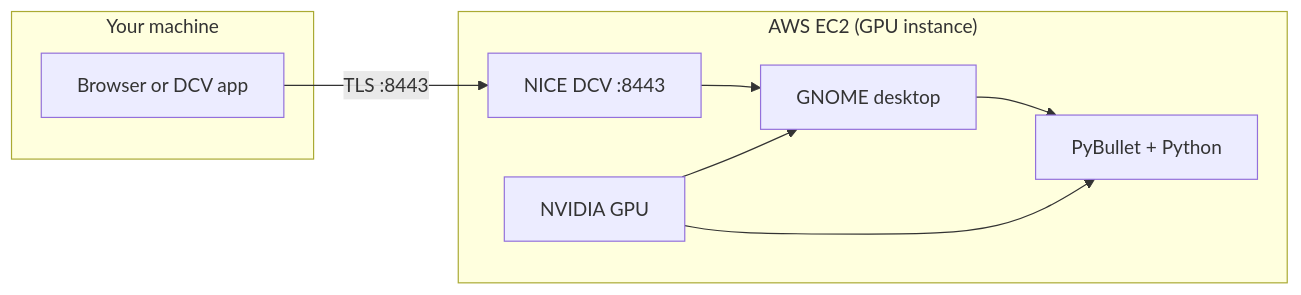
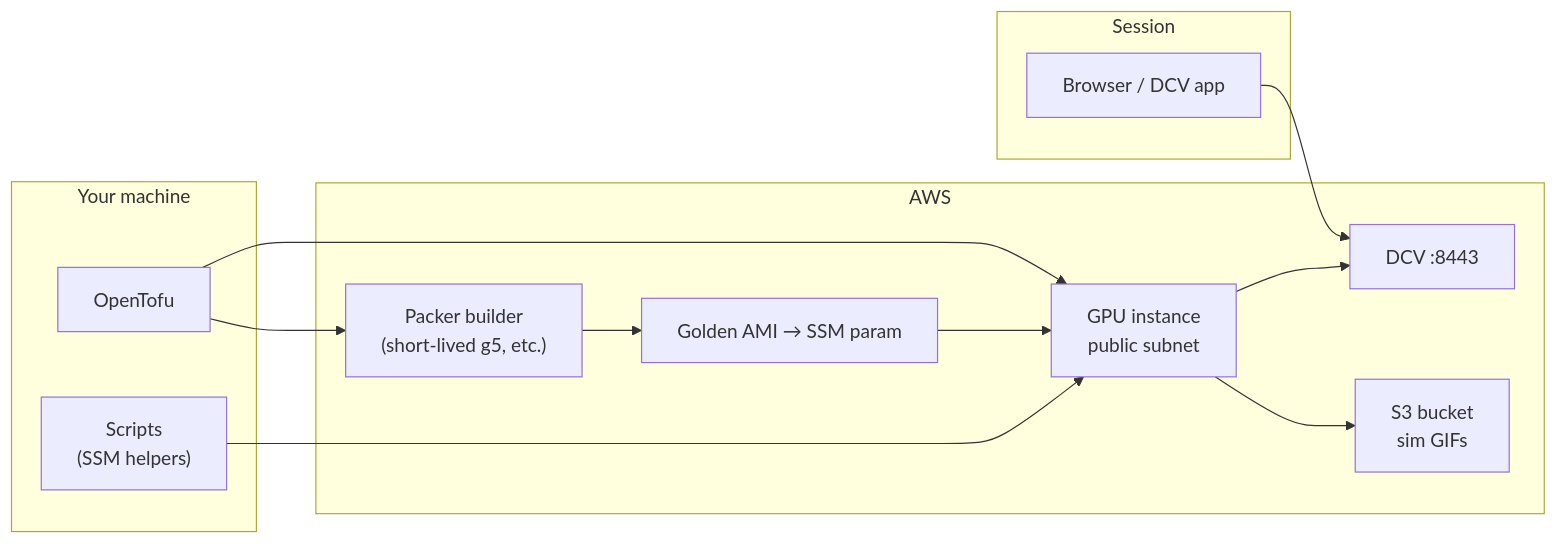
Before and after one commit to rubencg195/aws-pybullet-environment: the first of 2 diagrams in README.md, drawn with Mermaid. The commit also changed other lines of this file and 2 other files, not shown here.

First line of the commit message:
Rewrite README for clarity; move deep roadmap content; document scripts

````diff
--- a/README.md
+++ b/README.md
@@ -65,17 +38,25 @@
 ```mermaid
 flowchart LR
-  subgraph client["Your machine"]
-    B["Browser or DCV app"]
+  subgraph laptop["Your machine"]
+    TOFU["OpenTofu"]
+    SCR["Scripts\n(SSM helpers)"]
   end
-  subgraph aws["AWS EC2 (GPU instance)"]
-    DCV["NICE DCV :8443"]
-    DESK["GNOME desktop"]
-    PB["PyBullet + Python"]
-    GPU["NVIDIA GPU"]
+  subgraph aws["AWS"]
+    PK["Packer builder\n(short-lived g5, etc.)"]
+    AMI["Golden AMI → SSM param"]
+    EC2["GPU instance\npublic subnet"]
+    DCV["DCV :8443"]
+    S3["S3 bucket\nsim GIFs"]
   end
-  B -->|"TLS :8443"| DCV
-  DCV --> DESK
-  DESK --> PB
-  GPU --> PB
-  GPU --> DESK
+  TOFU --> PK
+  PK --> AMI
+  TOFU --> EC2
+  AMI --> EC2
+  subgraph you["Session"]
+    B["Browser / DCV app"]
+  end
+  B --> DCV
+  EC2 --> DCV
+  SCR --> EC2
+  EC2 --> S3
 ```
````
